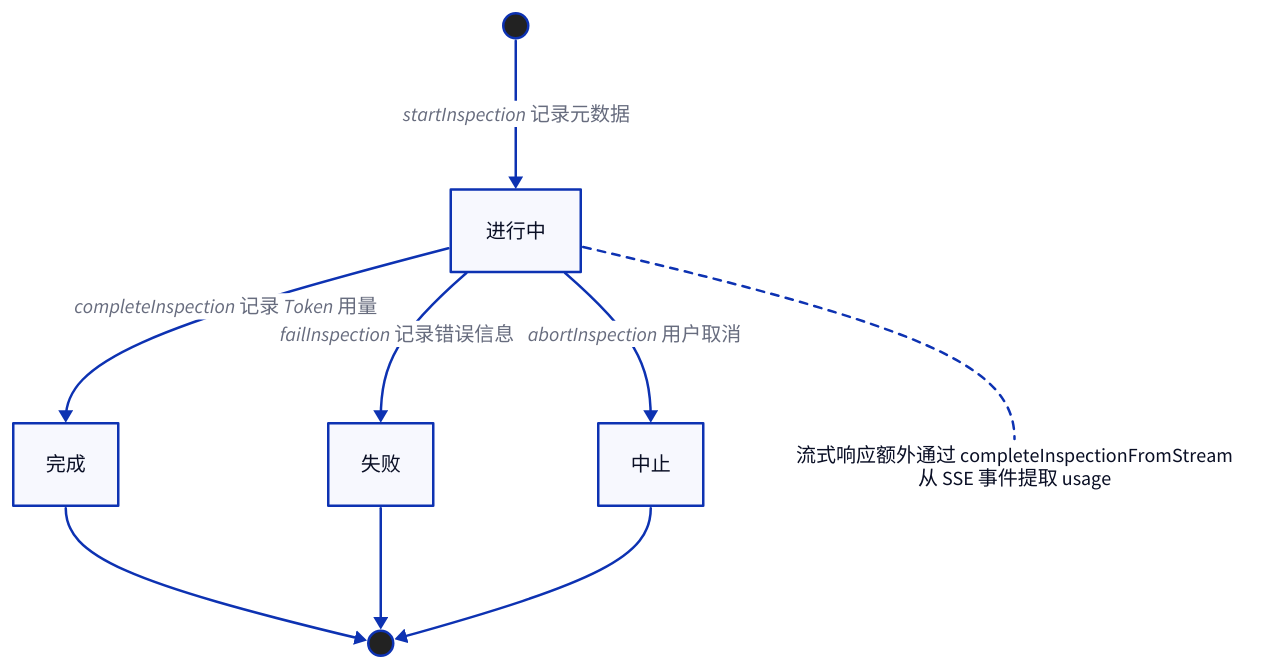
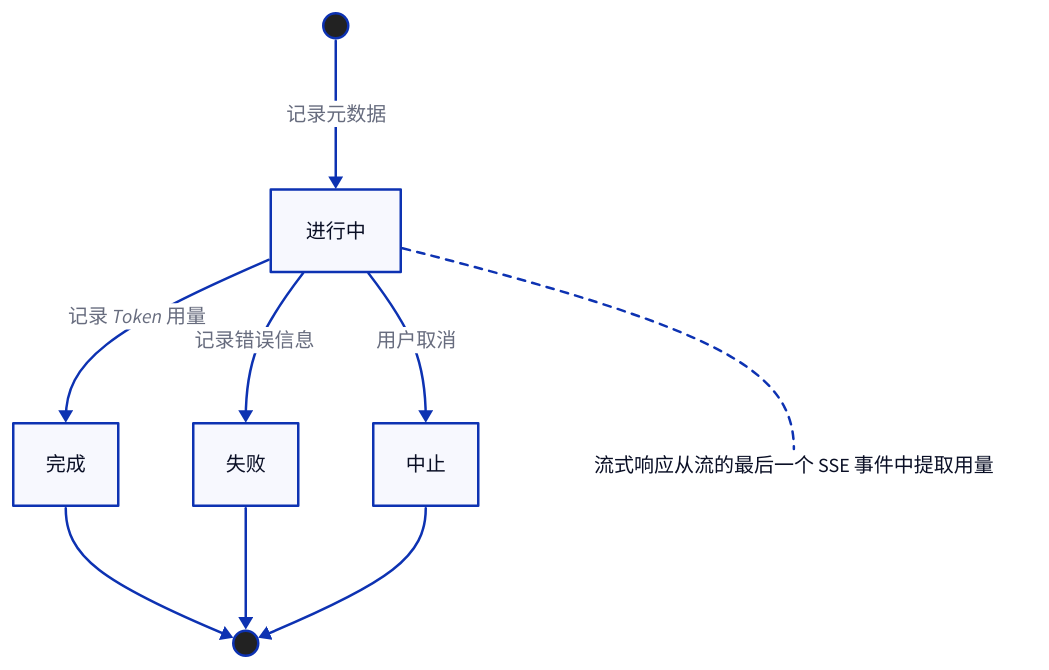
One commit to funnycups/Luker changed the diagram in docs/zh-CN/improvements/request-inspector.md. Above: the diagram before and after it, drawn with D2. The commit also changed other lines of this file and 25 other files, not shown here.

````diff
--- a/docs/zh-CN/improvements/request-inspector.md
+++ b/docs/zh-CN/improvements/request-inspector.md
@@ -22,32 +22,32 @@
 ```d2
 direction: down
 
 start: "" {
   shape: circle
   width: 20
   style.fill: "#222"
 }
 in_progress: "进行中"
 done: "完成"
 failed: "失败"
 aborted: "中止"
 end_: "" {
   shape: circle
   width: 20
   style.fill: "#222"
 }
 
-note: "流式响应额外通过 completeInspectionFromStream\n从 SSE 事件提取 usage" {
+note: "流式响应从流的最后一个 SSE 事件中提取用量" {
   shape: text
   style.fill: "#fff8d4"
 }
 
-start -> in_progress: "startInspection 记录元数据"
-in_progress -> done: "completeInspection 记录 Token 用量"
-in_progress -> failed: "failInspection 记录错误信息"
-in_progress -> aborted: "abortInspection 用户取消"
+start -> in_progress: "记录元数据"
+in_progress -> done: "记录 Token 用量"
+in_progress -> failed: "记录错误信息"
+in_progress -> aborted: "用户取消"
 done -> end_
 failed -> end_
 aborted -> end_
 in_progress -- note: {style.stroke-dash: 3}
 ```
````
